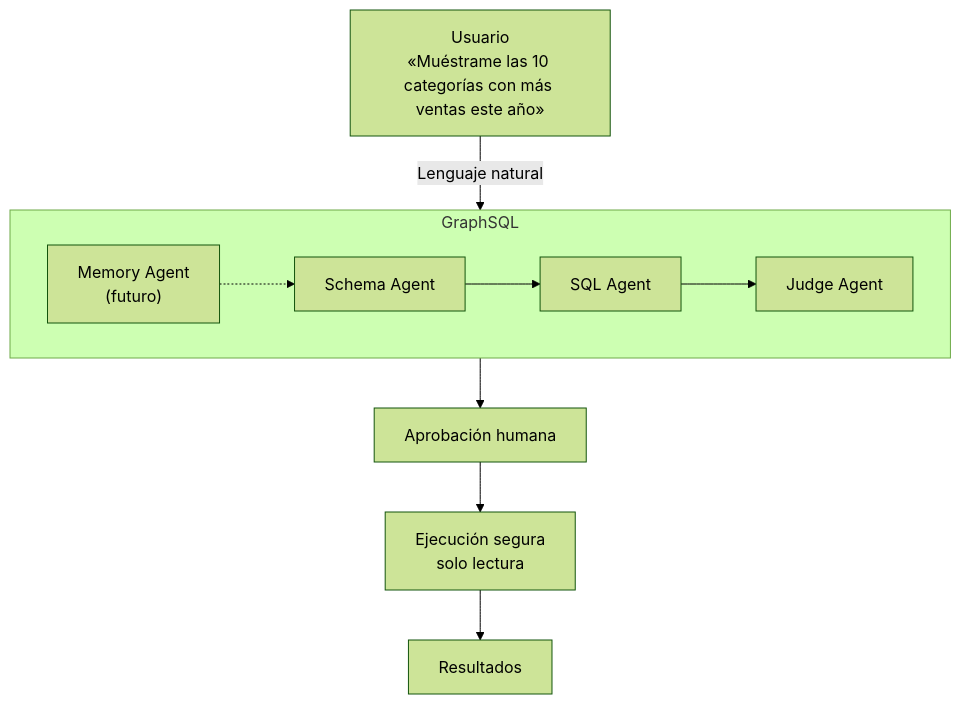
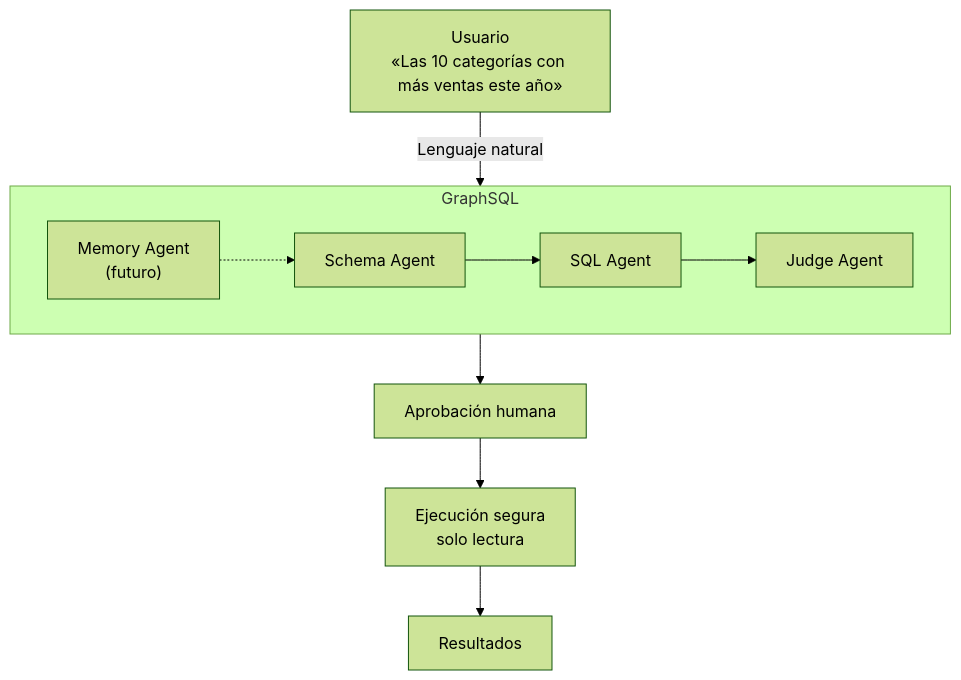
The diagram in README.md (Arfeon/tfm-sql-agents), drawn with Mermaid (forest theme) before and after one commit. The commit also changed other lines of this file and 69 other files, not shown here.

````diff
--- a/README.md
+++ b/README.md
@@ -35,14 +28,14 @@
 ```mermaid
 flowchart TD
-    U["Usuario<br/>«Muéstrame las 10 categorías con más ventas este año»"]
+    U["Usuario<br/>«Las 10 categorías con más ventas este año»"]
     U -->|Lenguaje natural| GS
     subgraph GS [GraphSQL]
         direction LR
         MA["Memory Agent<br/>(futuro)"] -.-> SA[Schema Agent]
         SA --> SQL[SQL Agent]
         SQL --> JA[Judge Agent]
     end
     GS --> H[Aprobación humana]
     H --> E[Ejecución segura<br/>solo lectura]
     E --> R[Resultados]
 ```
````
